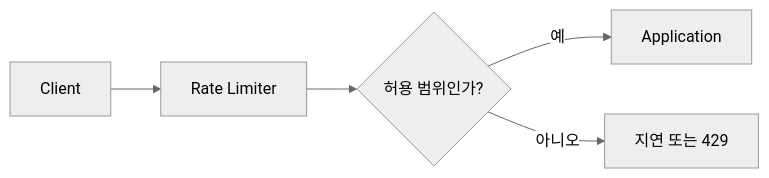
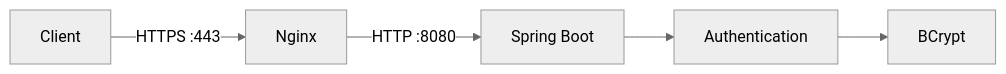
The second of 3 diagrams in Project/pawCycle/정리/01. 로그인 보안과 Rate Limiting.md (guseoh/cs), drawn with Mermaid (neutral theme) before and after one commit. The commit also changed other lines of this file, not shown here.

````diff
--- a/Project/pawCycle/정리/01. 로그인 보안과 Rate Limiting.md
+++ b/Project/pawCycle/정리/01. 로그인 보안과 Rate Limiting.md
@@ -235,7 +362,7 @@
 ```mermaid
 flowchart LR
-    A[Client] --> B[Rate Limiter]
-    B --> C{허용 범위인가?}
-    C -->|예| D[Application]
-    C -->|아니오| E[지연 또는 429]
+    C[Client] -->|HTTPS :443| N[Nginx]
+    N -->|HTTP :8080| B[Spring Boot]
+    B --> A[Authentication]
+    A --> BC[BCrypt]
 ```
````
